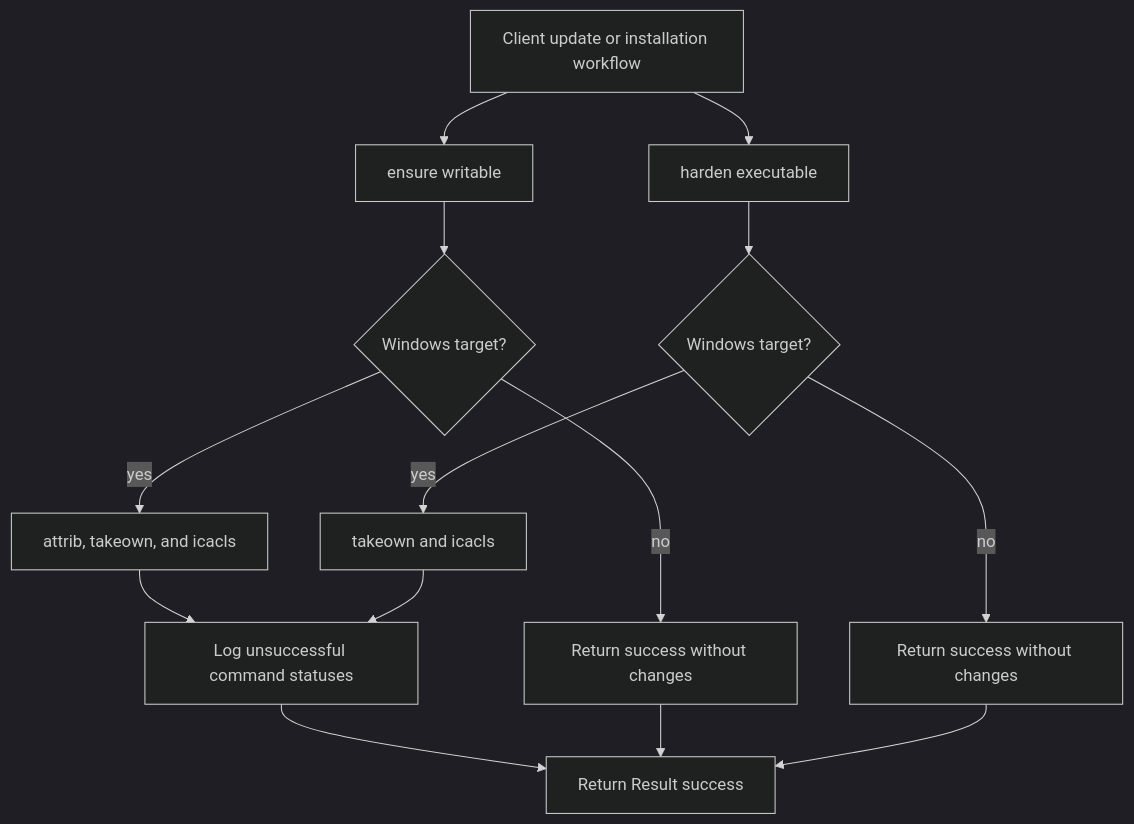
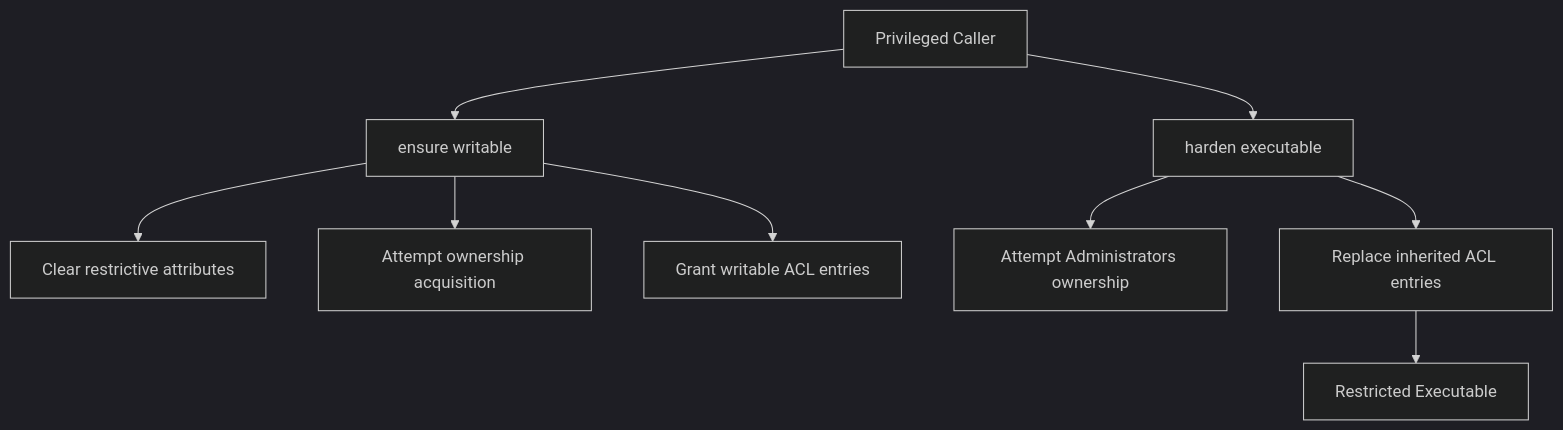
Before and after one commit to flamingo-stack/openframe-oss-tenant: the second of 4 diagrams in docs/reference/architecture/openframe-client-core/platform-file-acl/platform-file-acl.md, drawn with Mermaid (dark theme). The commit also changed other lines of this file and 2377 other files, not shown here.

````diff
--- a/docs/reference/architecture/openframe-client-core/platform-file-acl/platform-file-acl.md
+++ b/docs/reference/architecture/openframe-client-core/platform-file-acl/platform-file-acl.md
@@ -20,16 +39,11 @@
 ```mermaid
 flowchart TD
-    Caller["Client update or installation workflow"] --> Writable["ensure writable"]
-    Caller --> Harden["harden executable"]
-    Writable --> WindowsCheck{"Windows target?"}
-    Harden --> HardenWindowsCheck{"Windows target?"}
-    WindowsCheck -->|"yes"| PrepareCommands["attrib, takeown, and icacls"]
-    WindowsCheck -->|"no"| WritableNoop["Return success without changes"]
-    HardenWindowsCheck -->|"yes"| HardenCommands["takeown and icacls"]
-    HardenWindowsCheck -->|"no"| HardenNoop["Return success without changes"]
-    PrepareCommands --> WarningLogs["Log unsuccessful command statuses"]
-    HardenCommands --> WarningLogs
-    WarningLogs --> Result["Return Result success"]
-    WritableNoop --> Result
-    HardenNoop --> Result
+    Caller["Privileged Caller"] --> EnsureWritable["ensure writable"]
+    EnsureWritable --> Attributes["Clear restrictive attributes"]
+    EnsureWritable --> Ownership["Attempt ownership acquisition"]
+    EnsureWritable --> WritableAcl["Grant writable ACL entries"]
+    Caller --> HardenExecutable["harden executable"]
+    HardenExecutable --> AdminOwner["Attempt Administrators ownership"]
+    HardenExecutable --> ReplaceAcl["Replace inherited ACL entries"]
+    ReplaceAcl --> RuntimeBinary["Restricted Executable"]
 ```
````
